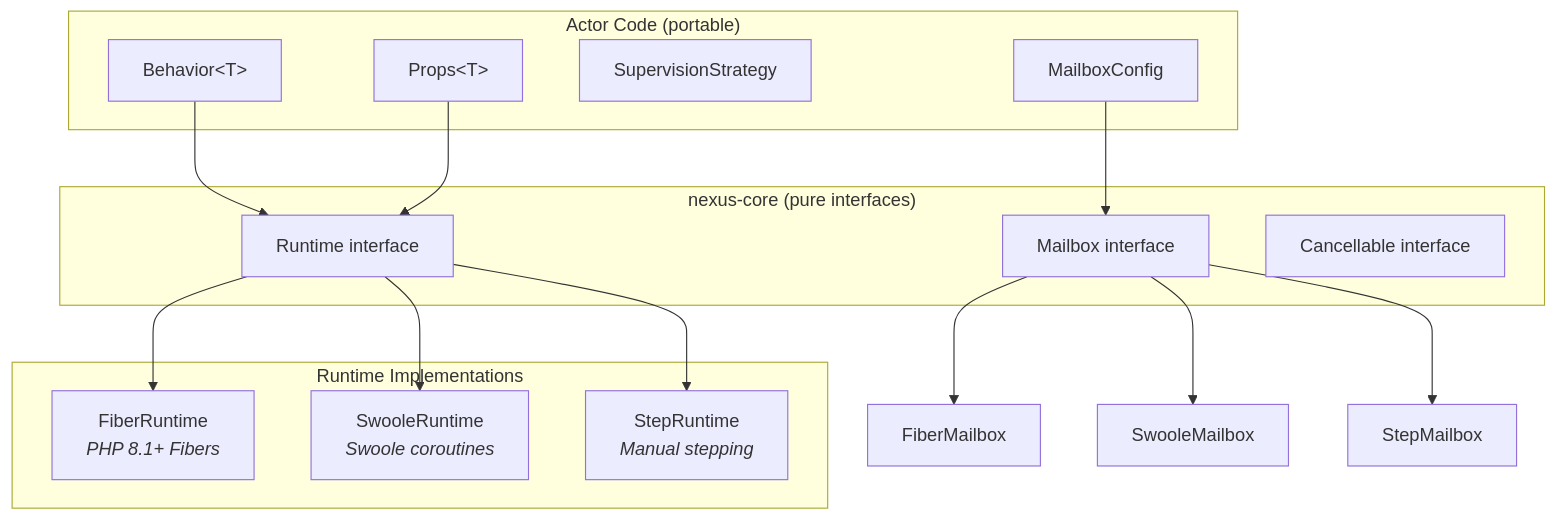
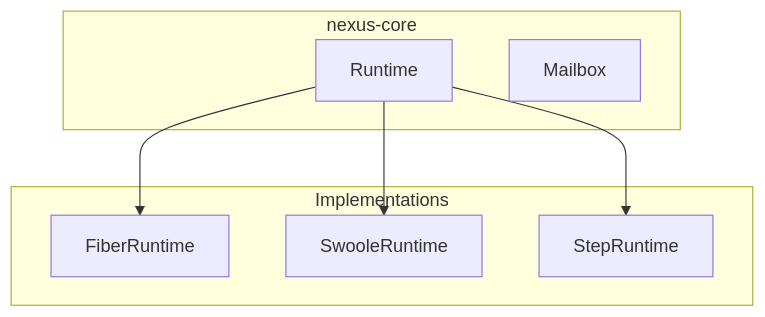
Before and after one commit to nexus-actors/nexus: the first of 2 diagrams in website/docs/runtimes/overview.md, drawn with Mermaid. The commit also changed other lines of this file and 19 other files, not shown here.

First line of the commit message:
refactor: simplify diagrams, remove benchmark viz, use Swoole 6.2.0-rc1

````diff
--- a/website/docs/runtimes/overview.md
+++ b/website/docs/runtimes/overview.md
@@ -13,32 +13,17 @@
 ```mermaid
 graph TB
-    subgraph "Actor Code (portable)"
-        B["Behavior&lt;T&gt;"]
-        P["Props&lt;T&gt;"]
-        S["SupervisionStrategy"]
-        MC["MailboxConfig"]
+    subgraph "nexus-core"
+        RT["Runtime"]
+        MB["Mailbox"]
     end
 
-    subgraph "nexus-core (pure interfaces)"
-        RT["Runtime interface"]
-        MB["Mailbox interface"]
-        CAN["Cancellable interface"]
+    subgraph "Implementations"
+        FR["FiberRuntime"]
+        SR["SwooleRuntime"]
+        STR["StepRuntime"]
     end
-
-    subgraph "Runtime Implementations"
-        FR["FiberRuntime<br/><i>PHP 8.1+ Fibers</i>"]
-        SR["SwooleRuntime<br/><i>Swoole coroutines</i>"]
-        STR["StepRuntime<br/><i>Manual stepping</i>"]
-    end
-
-    B --> RT
-    P --> RT
-    MC --> MB
 
     RT --> FR
     RT --> SR
     RT --> STR
-    MB --> FM["FiberMailbox"]
-    MB --> SM["SwooleMailbox"]
-    MB --> STM["StepMailbox"]
 ```
````
